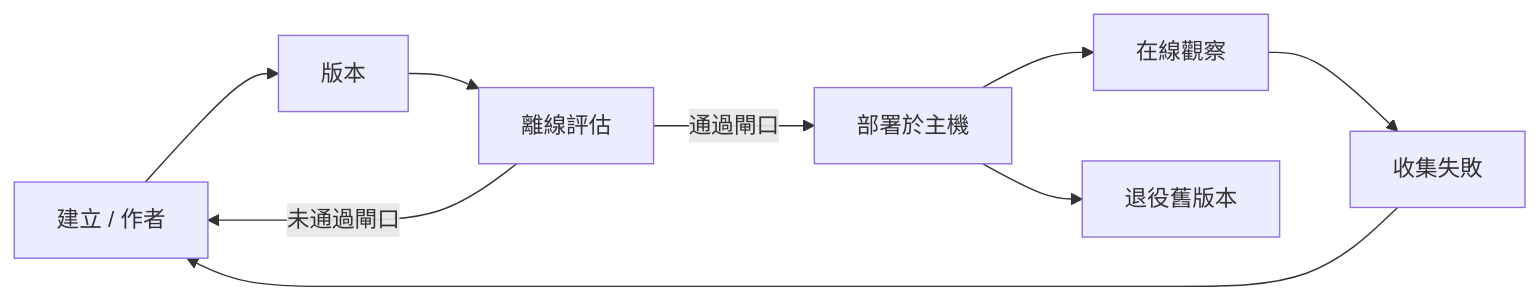
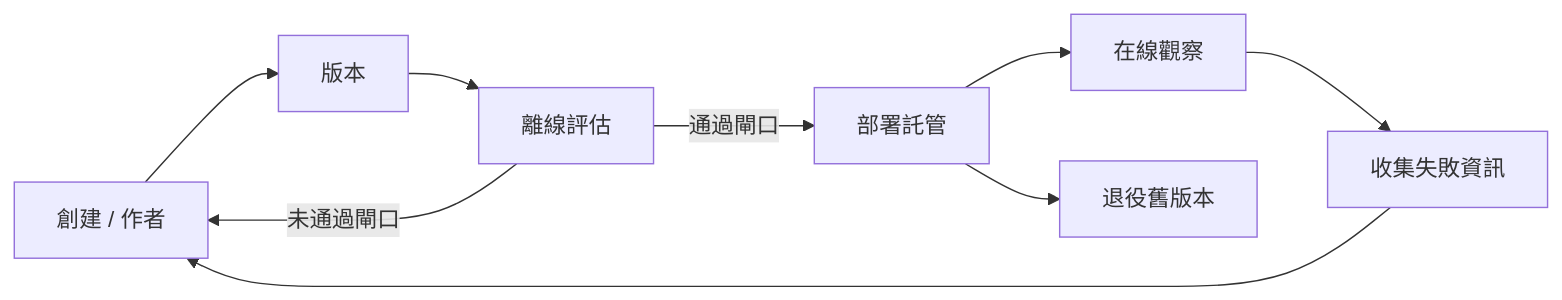
One commit to gabrielmoreira/agent-skills-mirror changed the second of 4 diagrams in mirrors/repos/microsoft@ai-agents-for-beginners/translations/zh-HK/16-deploying-scalable-agents/README.md. Above: the diagram before and after it, drawn with Mermaid. The commit also changed other lines of this file and 3581 other files, not shown here.

````diff
--- a/mirrors/repos/microsoft@ai-agents-for-beginners/translations/zh-HK/16-deploying-scalable-agents/README.md
+++ b/mirrors/repos/microsoft@ai-agents-for-beginners/translations/zh-HK/16-deploying-scalable-agents/README.md
@@ -108,11 +108,11 @@
 ```mermaid
 flowchart LR
-    Create[建立 / 作者] --> Version[版本]
+    Create[創建 / 作者] --> Version[版本]
     Version --> Evaluate[離線評估]
-    Evaluate -->|通過閘口| Deploy[部署於主機]
+    Evaluate -->|通過閘口| Deploy[部署託管]
     Evaluate -->|未通過閘口| Create
     Deploy --> Observe[在線觀察]
-    Observe --> Improve[收集失敗]
+    Observe --> Improve[收集失敗資訊]
     Improve --> Create
     Deploy --> Retire[退役舊版本]
 ```
````
